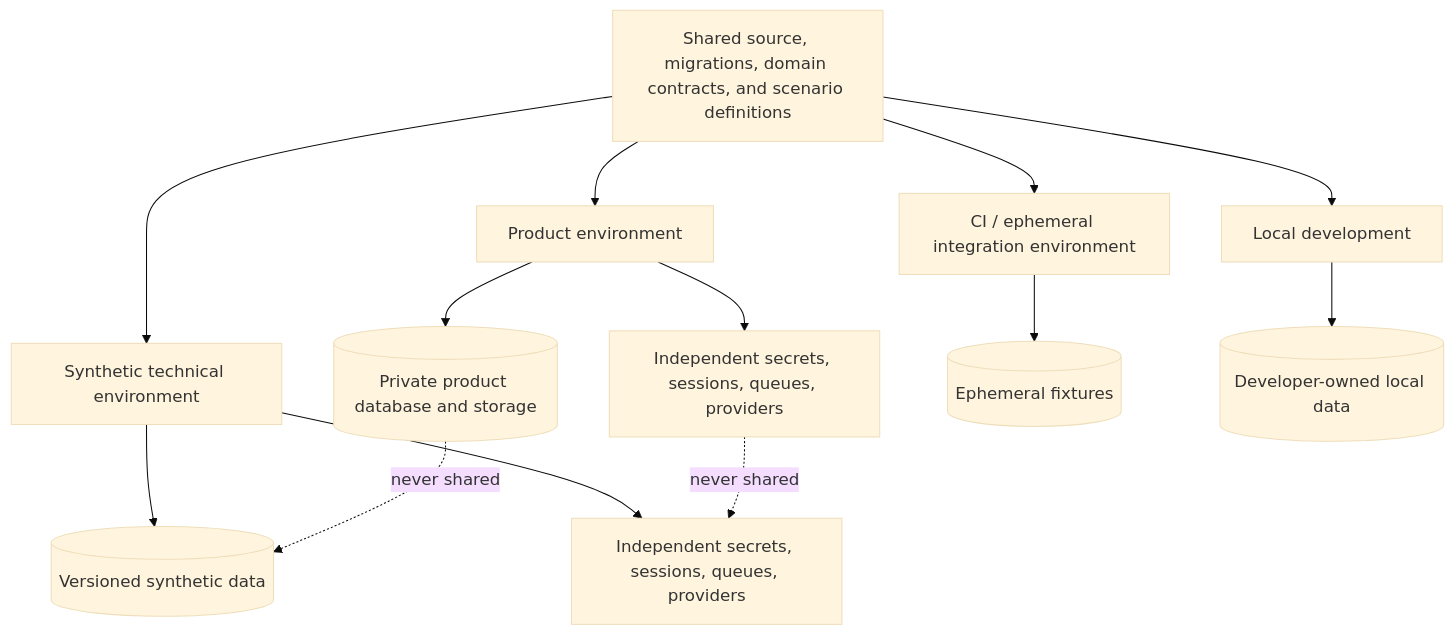
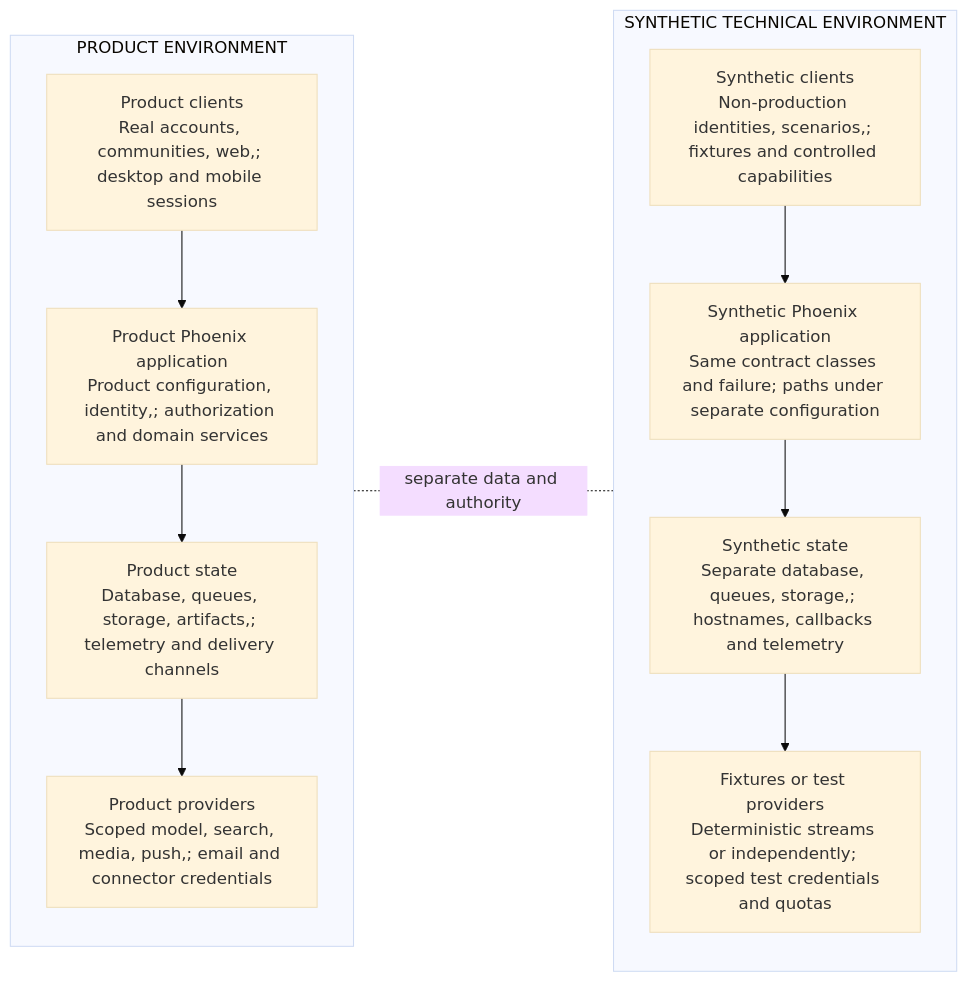
The diagram in flip-technical-overview/diagrams/deployment-topology.mmd (wahargis/portfolio), drawn with Mermaid (base theme) before and after one commit. The commit also changed 59 other files, not shown here.

```diff
--- a/flip-technical-overview/diagrams/deployment-topology.mmd
+++ b/flip-technical-overview/diagrams/deployment-topology.mmd
@@ -1,14 +1,20 @@
-flowchart TB
-    SRC["Shared source, migrations, domain contracts, and scenario definitions"]
-    SRC --> PROD["Product environment"]
-    SRC --> SYN["Synthetic technical environment"]
-    SRC --> CI["CI / ephemeral integration environment"]
-    SRC --> DEV["Local development"]
-    PROD --> PDATA[("Private product database and storage")]
-    PROD --> PSEC["Independent secrets, sessions, queues, providers"]
-    SYN --> SDATA[("Versioned synthetic data")]
-    SYN --> SSEC["Independent secrets, sessions, queues, providers"]
-    CI --> EDATA[("Ephemeral fixtures")]
-    DEV --> LDATA[("Developer-owned local data")]
-    PDATA -. never shared .-> SDATA
-    PSEC -. never shared .-> SSEC
+flowchart LR
+  subgraph TOP["PRODUCT ENVIRONMENT"]
+    T0["Product clients\nReal accounts, communities, web,; desktop and mobile sessions"]
+    T1["Product Phoenix application\nProduct configuration, identity,; authorization and domain services"]
+    T0 --> T1
+    T2["Product state\nDatabase, queues, storage, artifacts,; telemetry and delivery channels"]
+    T1 --> T2
+    T3["Product providers\nScoped model, search, media, push,; email and connector credentials"]
+    T2 --> T3
+  end
+  subgraph BOTTOM["SYNTHETIC TECHNICAL ENVIRONMENT"]
+    B0["Synthetic clients\nNon-production identities, scenarios,; fixtures and controlled capabilities"]
+    B1["Synthetic Phoenix application\nSame contract classes and failure; paths under separate configuration"]
+    B0 --> B1
+    B2["Synthetic state\nSeparate database, queues, storage,; hostnames, callbacks and telemetry"]
+    B1 --> B2
+    B3["Fixtures or test providers\nDeterministic streams or independently; scoped test credentials and quotas"]
+    B2 --> B3
+  end
+  TOP -. separate data and authority .- BOTTOM
```
